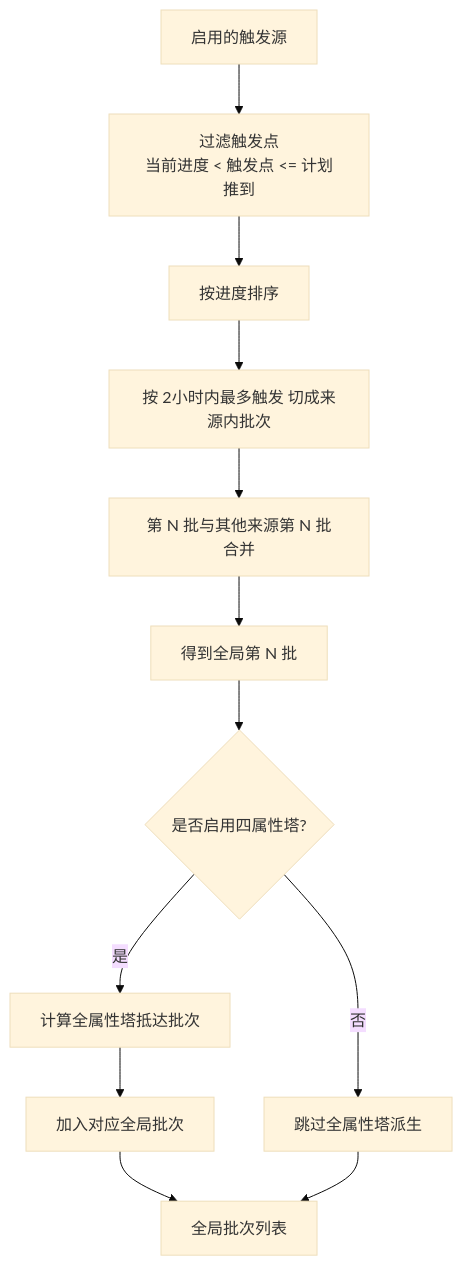
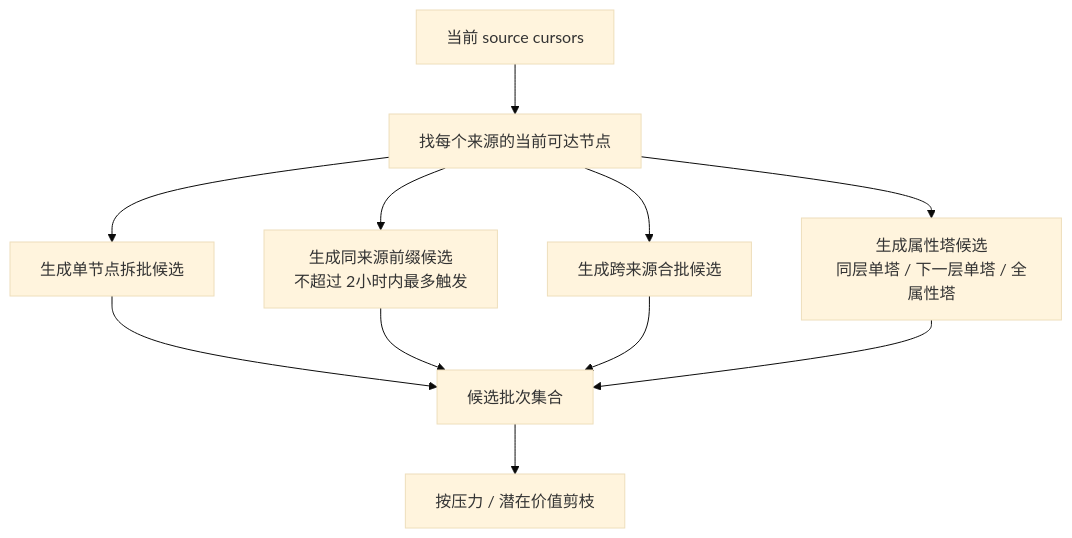
One commit to hitazuki/mementomori-calculator changed the second of 4 diagrams in doc/items/UltraSalePack/path-planning-visual.md. Above: the diagram before and after it, drawn with Mermaid (base theme). The commit also changed other lines of this file and 8 other files, not shown here.

````diff
--- a/doc/items/UltraSalePack/path-planning-visual.md
+++ b/doc/items/UltraSalePack/path-planning-visual.md
@@ -23,14 +26,13 @@
 ```mermaid
 flowchart TD
-  A["启用的触发源"] --> B["过滤触发点<br/>当前进度 < 触发点 <= 计划推到"]
-  B --> C["按进度排序"]
-  C --> D["按 2小时内最多触发 切成来源内批次"]
-  D --> E["第 N 批与其他来源第 N 批合并"]
-  E --> F["得到全局第 N 批"]
-  F --> G{"是否启用四属性塔?"}
-  G -- "是" --> H["计算全属性塔抵达批次"]
-  H --> I["加入对应全局批次"]
-  G -- "否" --> J["跳过全属性塔派生"]
-  I --> K["全局批次列表"]
-  J --> K
+  A["当前 source cursors"] --> B["找每个来源的当前可达节点"]
+  B --> C["生成单节点拆批候选"]
+  B --> D["生成同来源前缀候选<br/>不超过 2小时内最多触发"]
+  B --> E["生成跨来源合批候选"]
+  B --> F["生成属性塔候选<br/>同层单塔 / 下一层单塔 / 全属性塔"]
+  C --> G["候选批次集合"]
+  D --> G
+  E --> G
+  F --> G
+  G --> H["按压力 / 潜在价值剪枝"]
 ```
````
